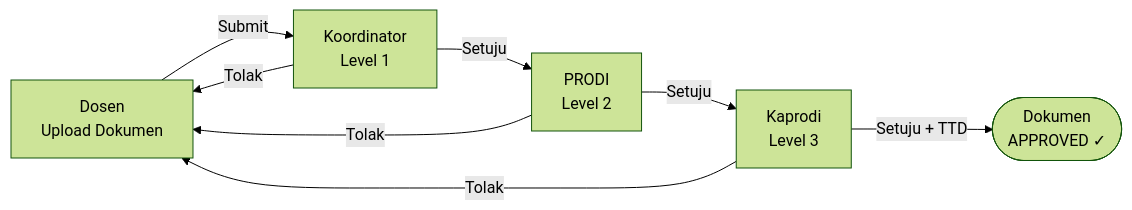
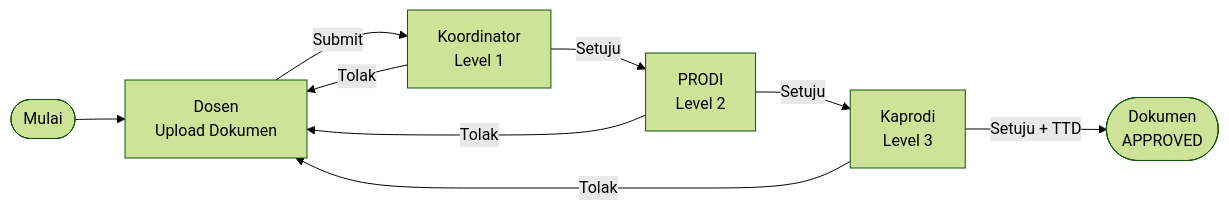
Before and after one commit to lucifer-140/Project-23T2-Magang: the second of 5 diagrams in README.md, drawn with Mermaid (forest theme). The commit also changed other lines of this file, not shown here.

````diff
--- a/README.md
+++ b/README.md
@@ -60,16 +66,18 @@
 ```mermaid
 flowchart LR
-    D[Dosen\nUpload Dokumen]
-    K[Koordinator\nLevel 1]
-    P[PRODI\nLevel 2]
-    KP[Kaprodi\nLevel 3]
-    DONE([Dokumen\nAPPROVED ✓])
+    START([Mulai])
+    D[Dosen<br/>Upload Dokumen]
+    K[Koordinator<br/>Level 1]
+    P[PRODI<br/>Level 2]
+    KP[Kaprodi<br/>Level 3]
+    DONE([Dokumen<br/>APPROVED])
 
+    START --> D
     D -->|Submit| K
     K -->|Setuju| P
     K -->|Tolak| D
     P -->|Setuju| KP
     P -->|Tolak| D
     KP -->|Setuju + TTD| DONE
     KP -->|Tolak| D
 ```
````
